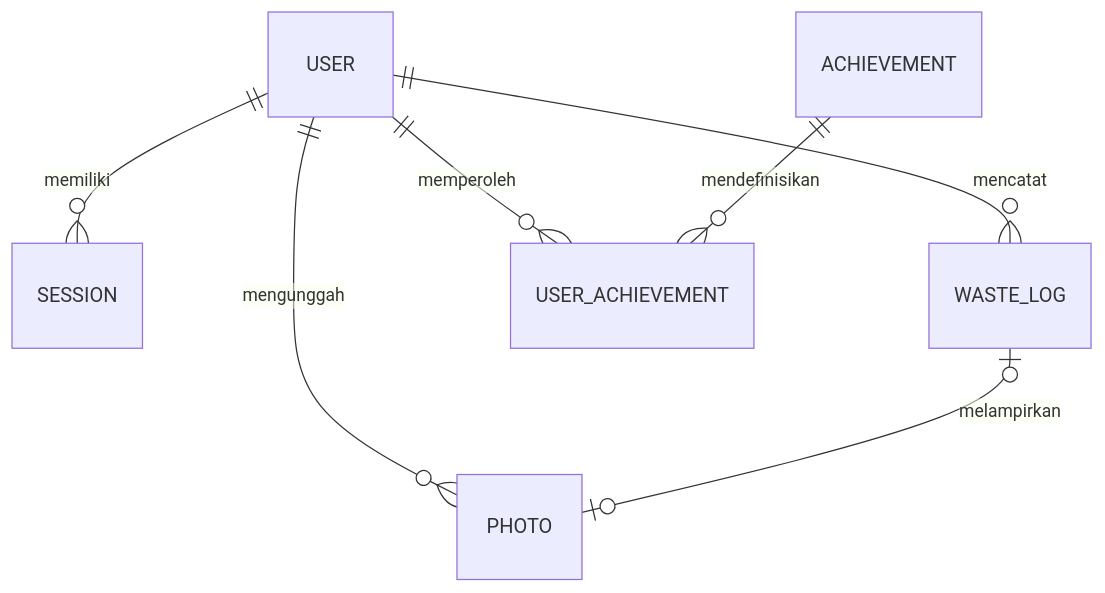
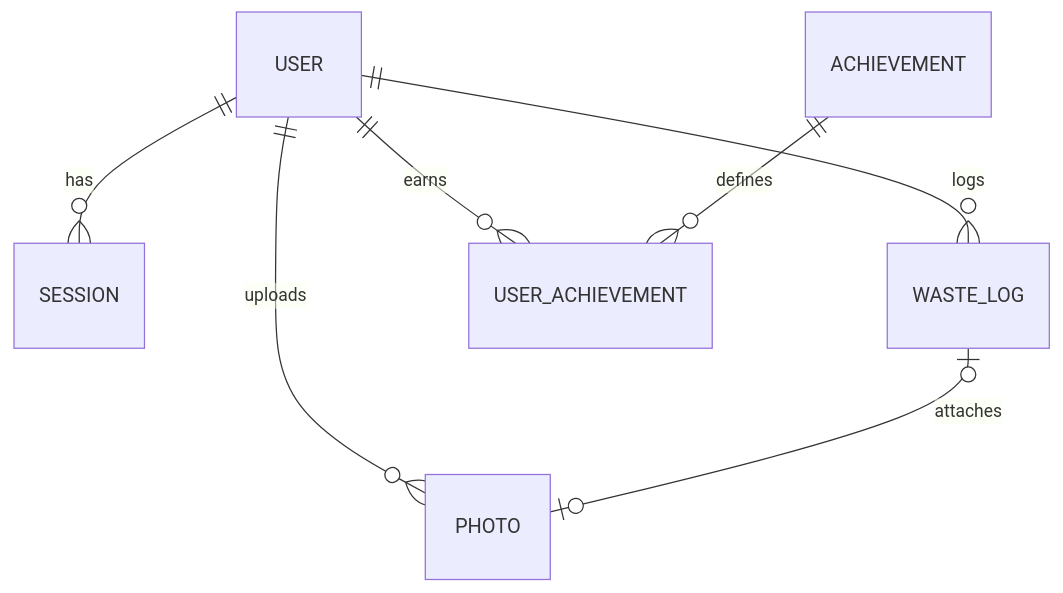
Before and after one commit to waste-not-app/waste-not-android: the diagram in docs/design-kit/API.md, drawn with Mermaid. The commit also changed other lines of this file and 10 other files, not shown here.

````diff
--- a/docs/design-kit/API.md
+++ b/docs/design-kit/API.md
@@ -71,9 +71,9 @@
 ```mermaid
 erDiagram
-    USER ||--o{ SESSION : memiliki
-    USER ||--o{ WASTE_LOG : mencatat
-    USER ||--o{ USER_ACHIEVEMENT : memperoleh
-    ACHIEVEMENT ||--o{ USER_ACHIEVEMENT : mendefinisikan
-    USER ||--o{ PHOTO : mengunggah
-    WASTE_LOG o|--o| PHOTO : melampirkan
+    USER ||--o{ SESSION : has
+    USER ||--o{ WASTE_LOG : logs
+    USER ||--o{ USER_ACHIEVEMENT : earns
+    ACHIEVEMENT ||--o{ USER_ACHIEVEMENT : defines
+    USER ||--o{ PHOTO : uploads
+    WASTE_LOG o|--o| PHOTO : attaches
 ```
````
